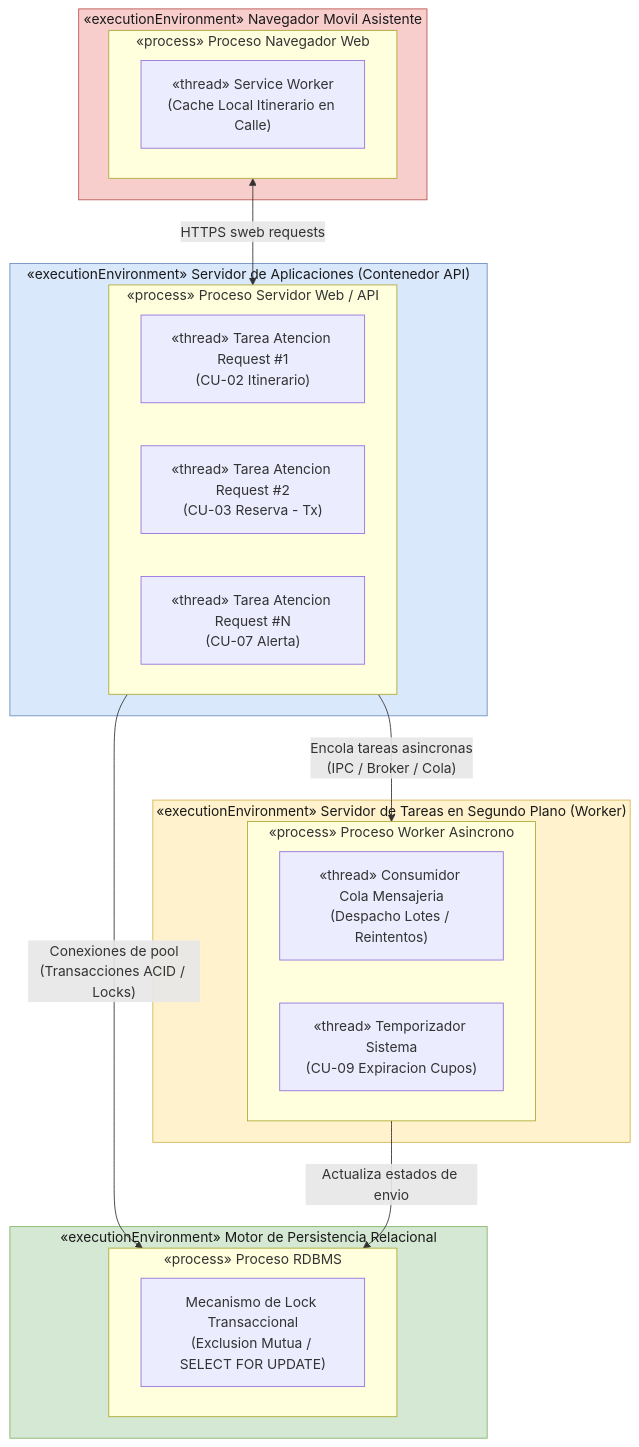
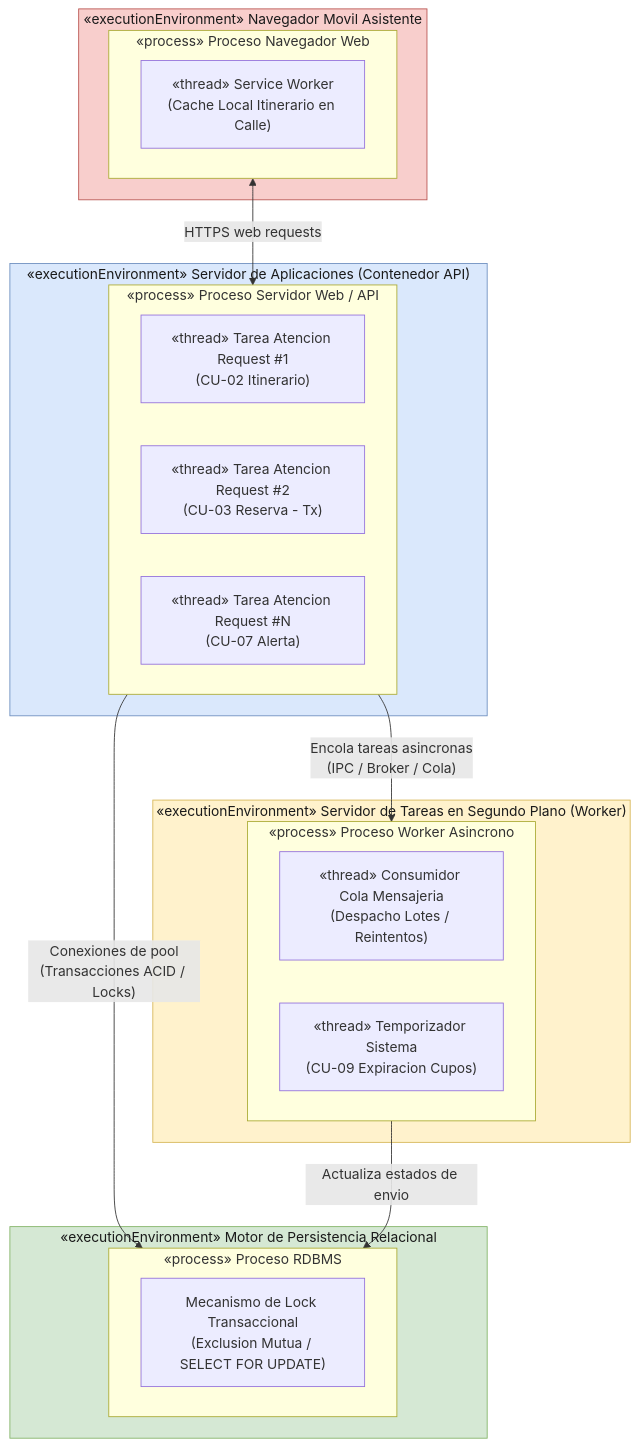
The sixth of 6 diagrams in docs/architecture/03-process-view.md (ArquitecturaSoftwareEC-UNI/FIAVL_ProyectoBIM), drawn with Mermaid before and after one commit. The commit also changed other lines of this file and 1 other file, not shown here.

````diff
--- a/docs/architecture/03-process-view.md
+++ b/docs/architecture/03-process-view.md
@@ -511,39 +515,39 @@
 ```mermaid
 flowchart TB
   subgraph NODO_APP["«executionEnvironment» Servidor de Aplicaciones (Contenedor API)"]
     subgraph PROC_WEB["«process» Proceso Servidor Web / API"]
       HILO_1["«thread» Tarea Atencion Request #1\n(CU-02 Itinerario)"]
       HILO_2["«thread» Tarea Atencion Request #2\n(CU-03 Reserva - Tx)"]
       HILO_N["«thread» Tarea Atencion Request #N\n(CU-07 Alerta)"]
     end
   end
 
   subgraph NODO_WORKER["«executionEnvironment» Servidor de Tareas en Segundo Plano (Worker)"]
     subgraph PROC_WORKER["«process» Proceso Worker Asincrono"]
       HILO_W1["«thread» Consumidor Cola Mensajeria\n(Despacho Lotes / Reintentos)"]
       HILO_W2["«thread» Temporizador Sistema\n(CU-09 Expiracion Cupos)"]
     end
   end
 
   subgraph NODO_BD["«executionEnvironment» Motor de Persistencia Relacional"]
     subgraph PROC_BD["«process» Proceso RDBMS"]
       LOCK_ROW["Mecanismo de Lock Transaccional\n(Exclusion Mutua / SELECT FOR UPDATE)"]
     end
   end
 
   subgraph CLIENTE_PWA["«executionEnvironment» Navegador Movil Asistente"]
     subgraph PROC_BROWSER["«process» Proceso Navegador Web"]
       SW_THREAD["«thread» Service Worker\n(Cache Local Itinerario en Calle)"]
     end
   end
 
   PROC_WEB -->|"Encola tareas asincronas\n(IPC / Broker / Cola)"| PROC_WORKER
   PROC_WEB -->|"Conexiones de pool\n(Transacciones ACID / Locks)"| PROC_BD
   PROC_WORKER -->|"Actualiza estados de envio"| PROC_BD
-  PROC_BROWSER <-->|"HTTPS sweb requests"| PROC_WEB
+  PROC_BROWSER <-->|"HTTPS web requests"| PROC_WEB
 
   style NODO_APP fill:#DAE8FC,stroke:#6C8EBF,color:#1a1a1a
   style NODO_WORKER fill:#FFF2CC,stroke:#D6B656,color:#1a1a1a
   style NODO_BD fill:#D5E8D4,stroke:#82B366,color:#1a1a1a
   style CLIENTE_PWA fill:#F8CECC,stroke:#B85450,color:#1a1a1a
 ```
````
